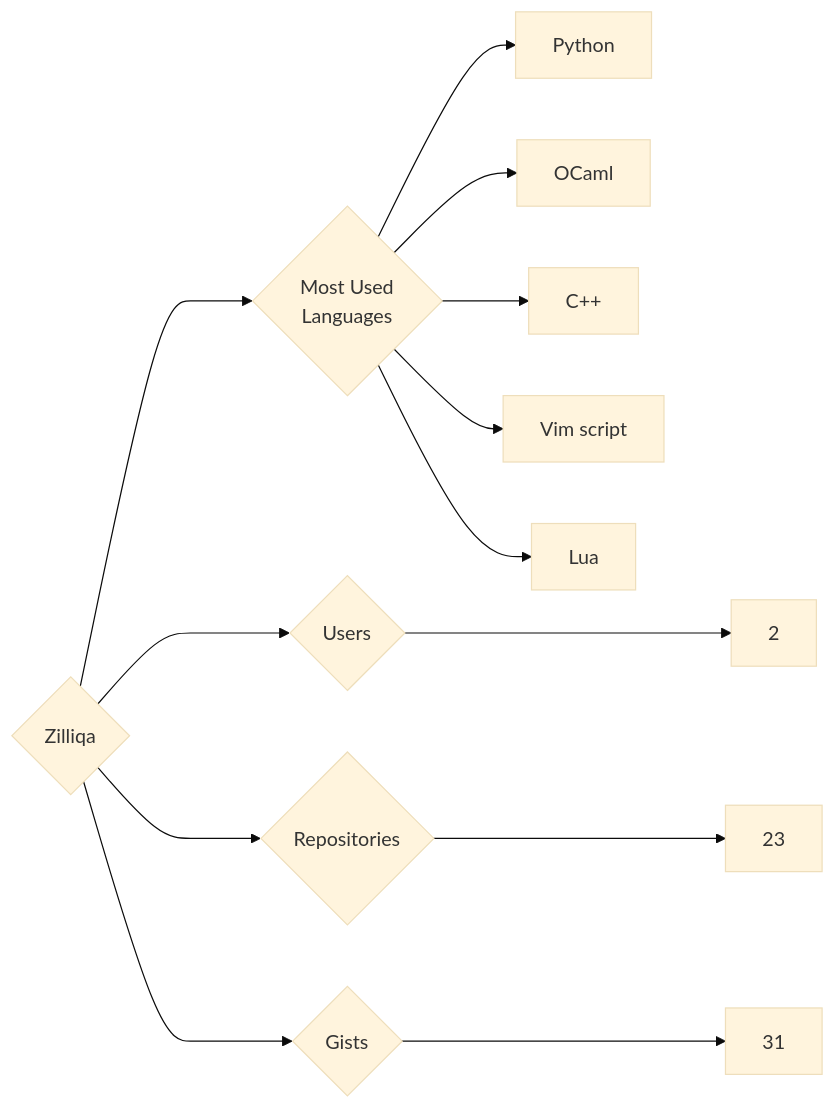
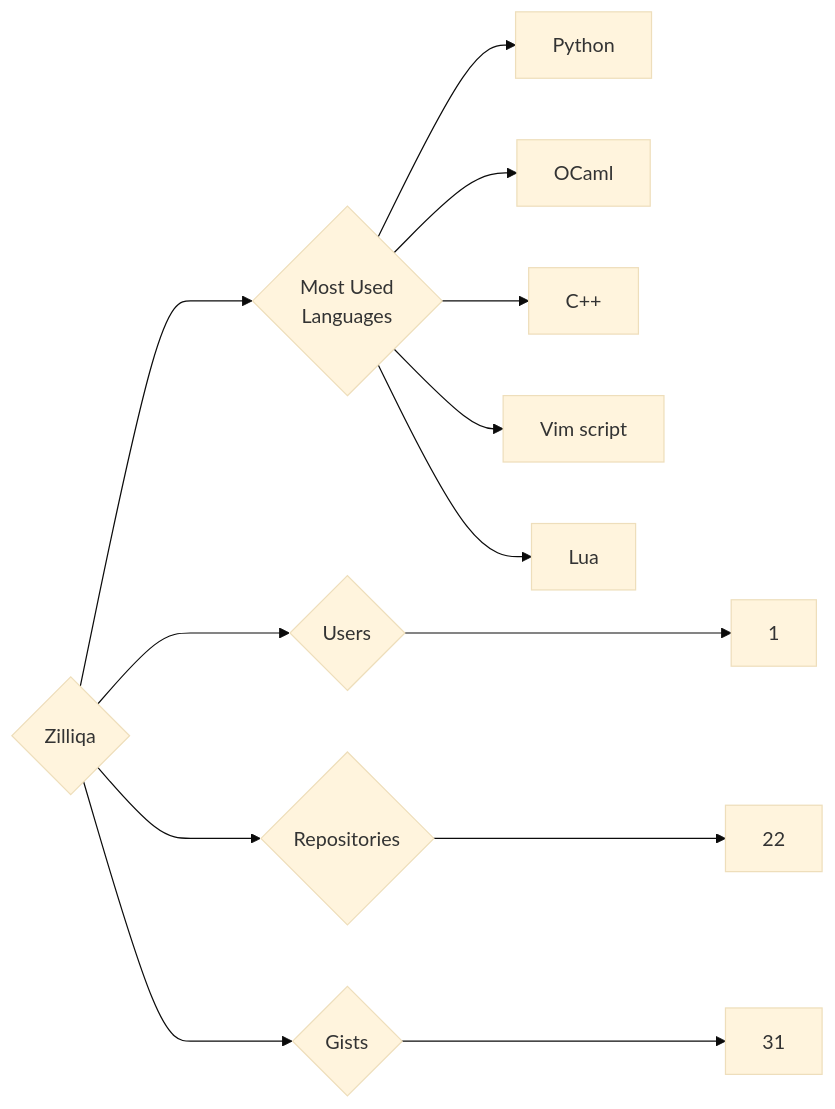
Before and after one commit to trickest/insiders: the diagram in targets/Zilliqa/README.md, drawn with Mermaid (base theme). The commit also changed 681 other files, not shown here.

````diff
--- a/targets/Zilliqa/README.md
+++ b/targets/Zilliqa/README.md
@@ -3,13 +3,13 @@
 ```mermaid
 graph LR
 COMPANY_NAME{Zilliqa}
-COMPANY_NAME ---> U{Users} ---> UN[2]
-COMPANY_NAME ---> R{Repositories} ---> RN[23]
+COMPANY_NAME ---> U{Users} ---> UN[1]
+COMPANY_NAME ---> R{Repositories} ---> RN[22]
 COMPANY_NAME ---> G{Gists} ---> GN[31]
 COMPANY_NAME ---> ML{Most Used<br>Languages}
 ML --> Python[Python]
 ML --> OCaml[OCaml]
 ML --> C++[C++]
 ML --> Vim_script[Vim script]
 ML --> Lua[Lua]
 ```
````
